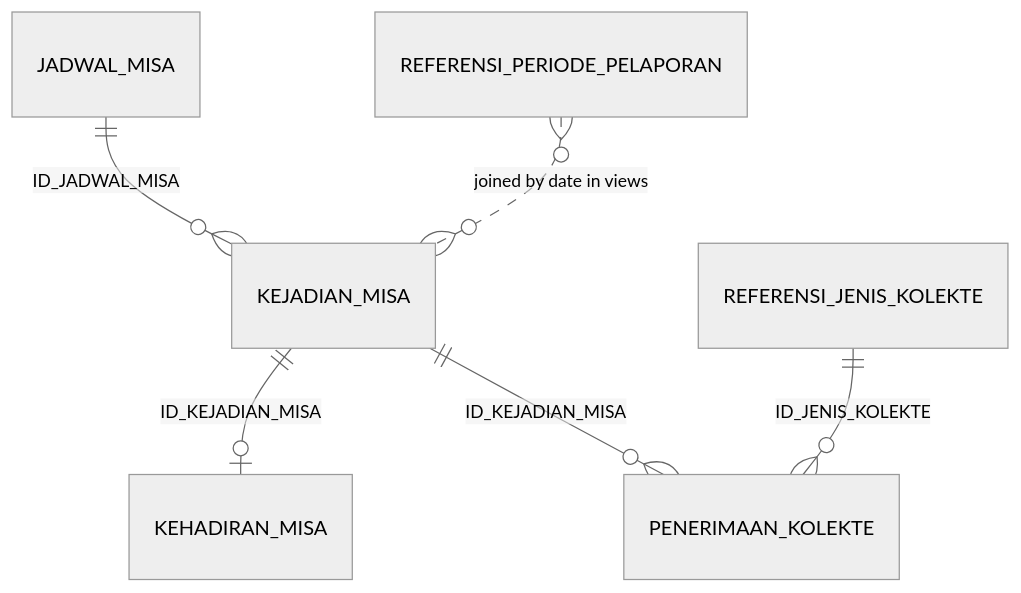
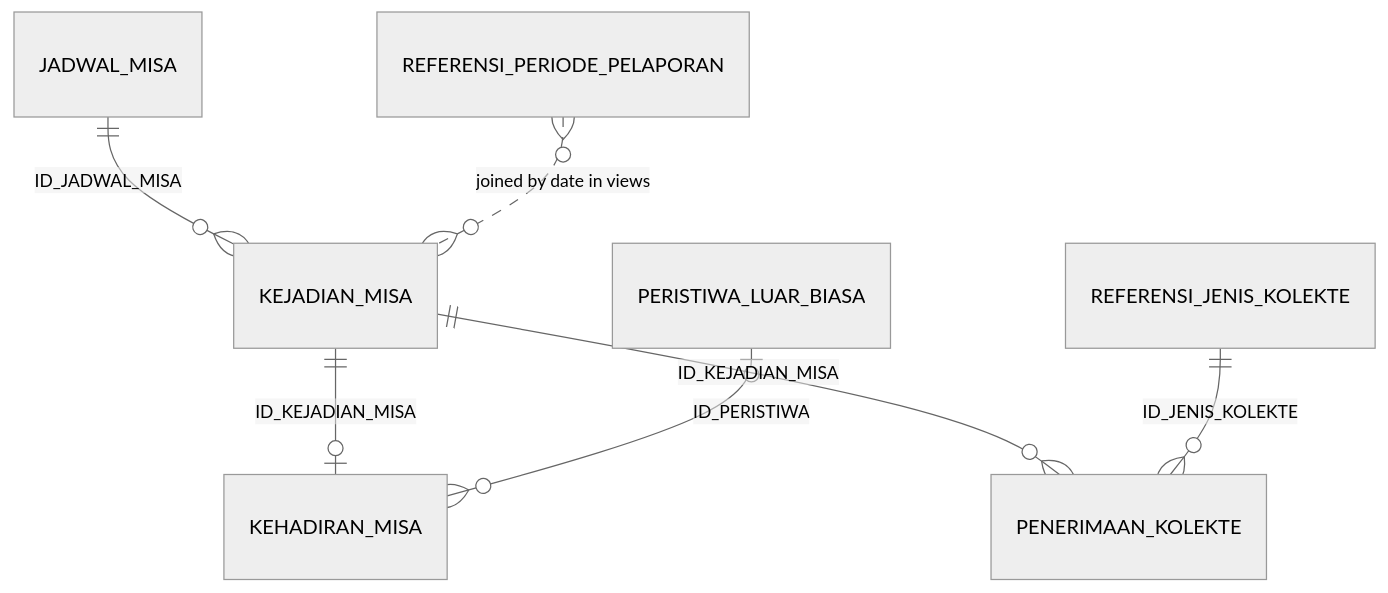
Before and after one commit to mizuruka92/church-activties: the second of 6 diagrams in docs/DATA_MODEL.md, drawn with Mermaid (neutral theme). The commit also changed other lines of this file and 34 other files, not shown here.

````diff
--- a/docs/DATA_MODEL.md
+++ b/docs/DATA_MODEL.md
@@ -58,8 +59,9 @@
 ```mermaid
 erDiagram
     JADWAL_MISA ||--o{ KEJADIAN_MISA : "ID_JADWAL_MISA"
     KEJADIAN_MISA ||--o| KEHADIRAN_MISA : "ID_KEJADIAN_MISA"
+    PERISTIWA_LUAR_BIASA |o--o{ KEHADIRAN_MISA : "ID_PERISTIWA"
     KEJADIAN_MISA ||--o{ PENERIMAAN_KOLEKTE : "ID_KEJADIAN_MISA"
     REFERENSI_JENIS_KOLEKTE ||--o{ PENERIMAAN_KOLEKTE : "ID_JENIS_KOLEKTE"
     REFERENSI_PERIODE_PELAPORAN }o..o{ KEJADIAN_MISA : "joined by date in views"
 ```
````
